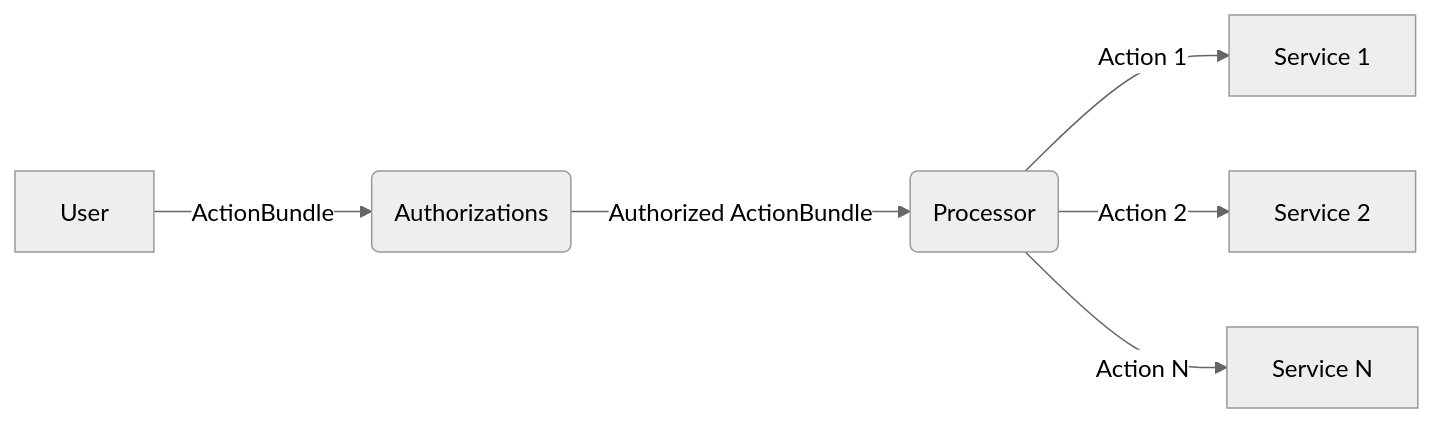
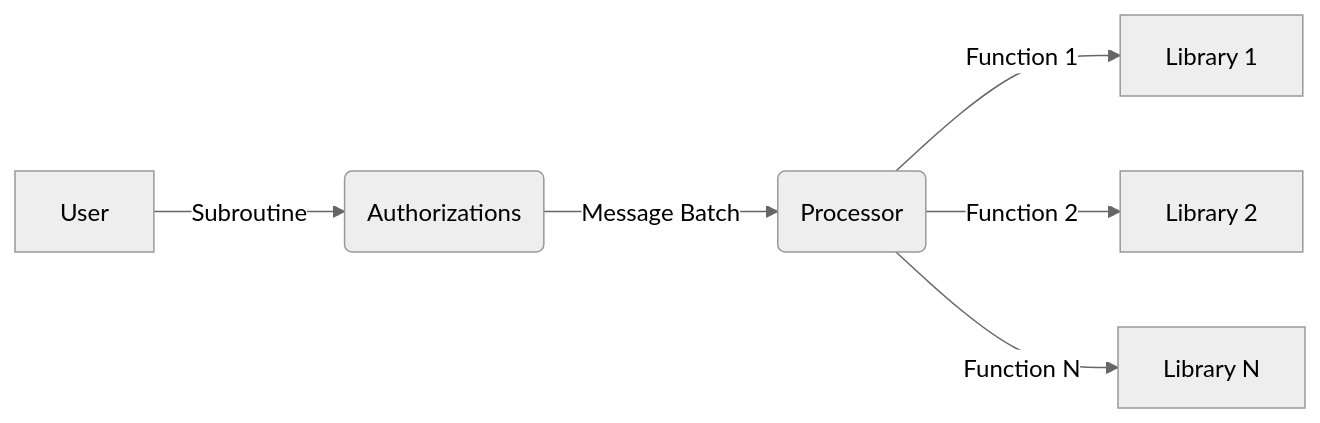
The diagram in docs/src/components/authorizations_and_execution.md (timewave-computer/valence-protocol), drawn with Mermaid (neutral theme) before and after one commit. The commit also changed other lines of this file and 17 other files, not shown here.

````diff
--- a/docs/src/components/authorizations_and_execution.md
+++ b/docs/src/components/authorizations_and_execution.md
@@ -9,8 +27,8 @@
 ```mermaid
 graph LR;
-	User --> |ActionBundle| Auth(Authorizations)
-	Auth --> |Authorized ActionBundle| P(Processor)
-	P --> |Action 1| S1[Service 1]
-	P --> |Action 2| S2[Service 2]
-	P --> |Action N| S3[Service N]
+	User --> |Subroutine| Auth(Authorizations)
+	Auth --> |Message Batch| P(Processor)
+	P --> |Function 1| S1[Library 1]
+	P --> |Function 2| S2[Library 2]
+	P --> |Function N| S3[Library N]
 ```
````
